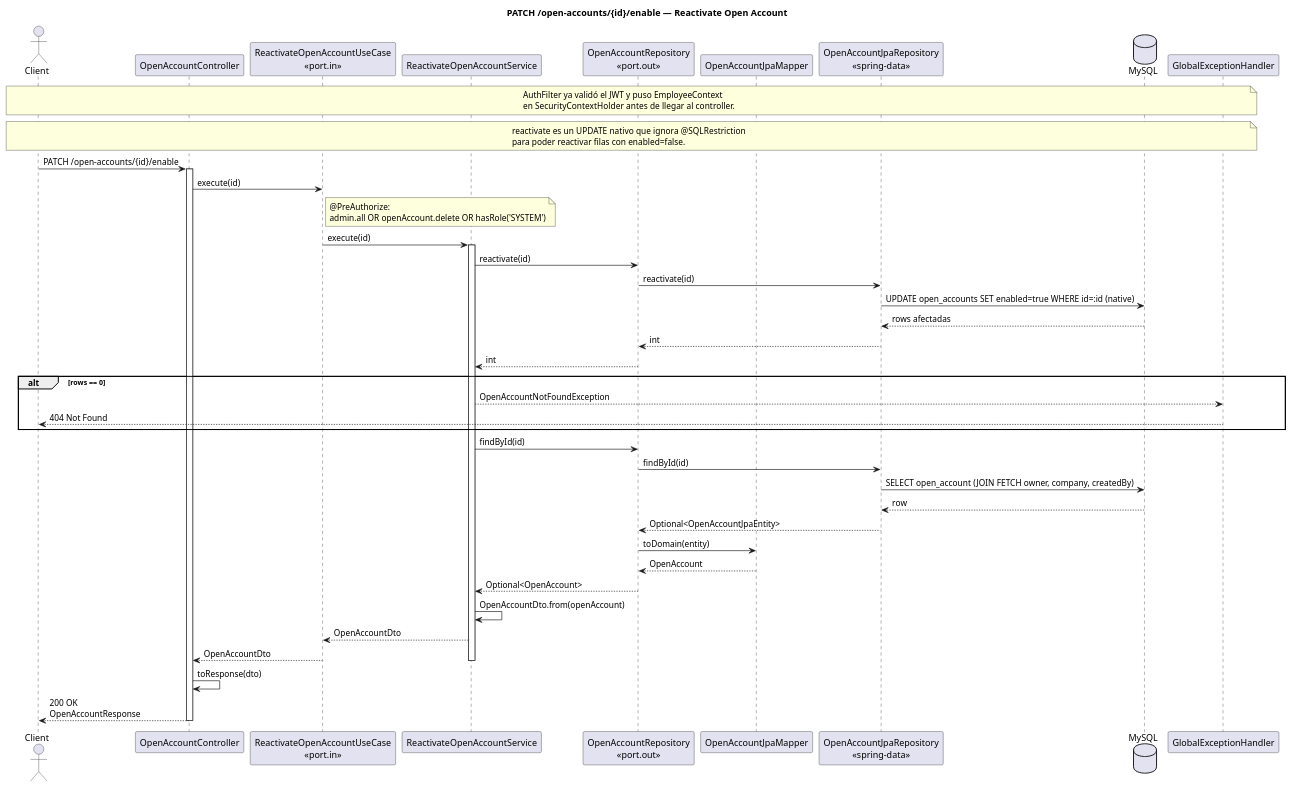
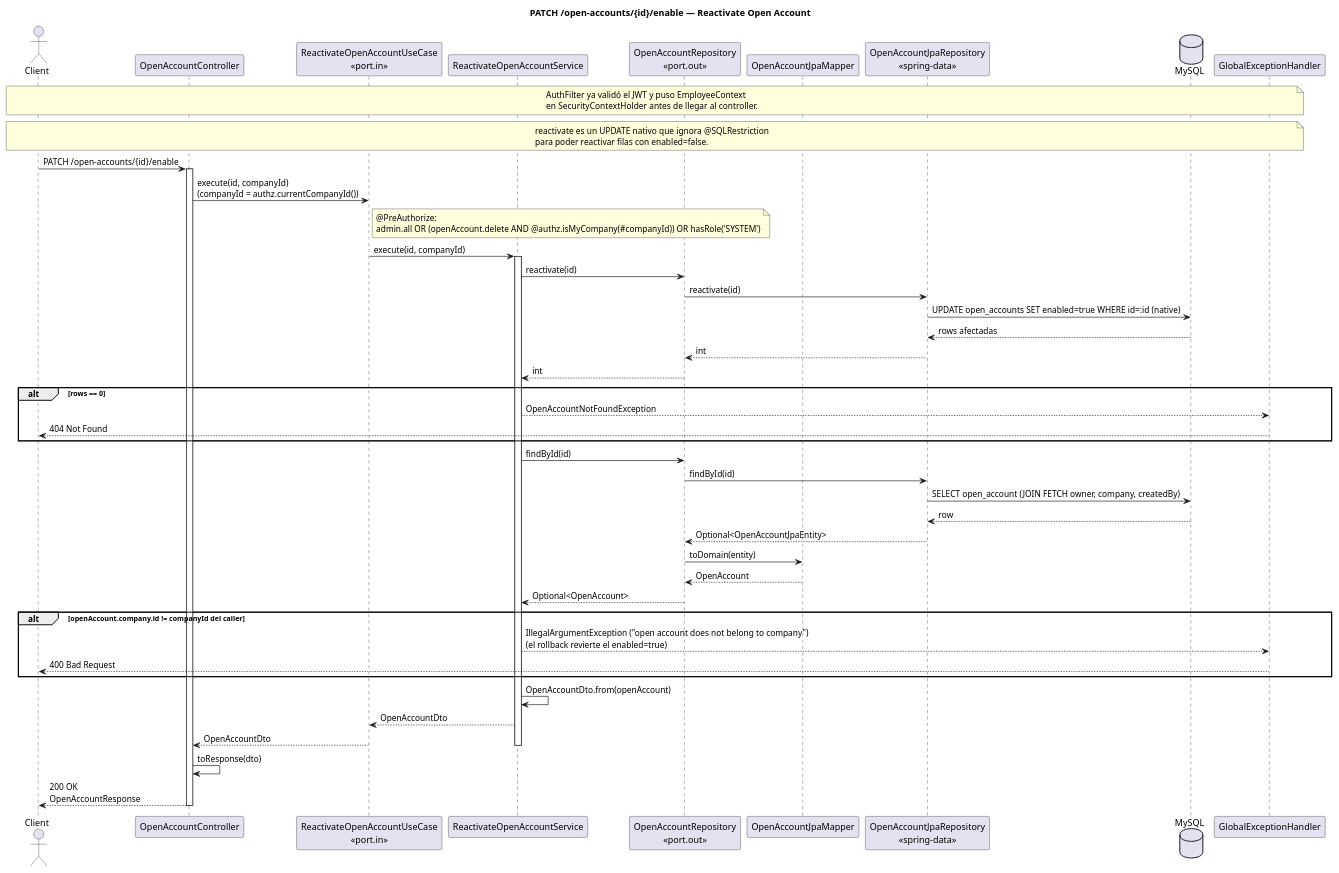
Before and after one commit to kefaroTech/vetsoftware-backend: the diagram in uml/sequenceDiagram/openaccount/enable.puml, drawn with PlantUML. The commit also changed 54 other files, not shown here.

Commit message:
:lock: feat(open-account): exige isMyCompany en delete/reactivate/changeStatus y cargos

```diff
--- a/uml/sequenceDiagram/openaccount/enable.puml
+++ b/uml/sequenceDiagram/openaccount/enable.puml
@@ -1,64 +1,68 @@
 @startuml open_account_enable
 title PATCH /open-accounts/{id}/enable — Reactivate Open Account
 
 actor Client
 participant "OpenAccountController" as Controller
 participant "ReactivateOpenAccountUseCase\n<<port.in>>" as UseCase
 participant "ReactivateOpenAccountService" as Service
 participant "OpenAccountRepository\n<<port.out>>" as Repo
 participant "OpenAccountJpaMapper" as Mapper
 participant "OpenAccountJpaRepository\n<<spring-data>>" as JpaRepo
 database "MySQL" as DB
 participant "GlobalExceptionHandler" as GEH
 
 note over Client, GEH
   AuthFilter ya validó el JWT y puso EmployeeContext
   en SecurityContextHolder antes de llegar al controller.
 end note
 
 note over Client, GEH
   reactivate es un UPDATE nativo que ignora @SQLRestriction
   para poder reactivar filas con enabled=false.
 end note
 
 Client -> Controller : PATCH /open-accounts/{id}/enable
 activate Controller
 
-Controller -> UseCase : execute(id)
+Controller -> UseCase : execute(id, companyId)\n(companyId = authz.currentCompanyId())
 note right of UseCase
   @PreAuthorize:
-  admin.all OR openAccount.delete OR hasRole('SYSTEM')
+  admin.all OR (openAccount.delete AND @authz.isMyCompany(#companyId)) OR hasRole('SYSTEM')
 end note
-UseCase -> Service : execute(id)
+UseCase -> Service : execute(id, companyId)
 activate Service
 
 Service -> Repo : reactivate(id)
 Repo -> JpaRepo : reactivate(id)
 JpaRepo -> DB : UPDATE open_accounts SET enabled=true WHERE id=:id (native)
 DB --> JpaRepo : rows afectadas
 JpaRepo --> Repo : int
 Repo --> Service : int
 alt rows == 0
   Service --> GEH : OpenAccountNotFoundException
   GEH --> Client : 404 Not Found
 end
 
 Service -> Repo : findById(id)
 Repo -> JpaRepo : findById(id)
 JpaRepo -> DB : SELECT open_account (JOIN FETCH owner, company, createdBy)
 DB --> JpaRepo : row
 JpaRepo --> Repo : Optional<OpenAccountJpaEntity>
 Repo -> Mapper : toDomain(entity)
 Mapper --> Repo : OpenAccount
 Repo --> Service : Optional<OpenAccount>
+alt openAccount.company.id != companyId del caller
+  Service --> GEH : IllegalArgumentException ("open account does not belong to company")\n(el rollback revierte el enabled=true)
+  GEH --> Client : 400 Bad Request
+end
 
 Service -> Service : OpenAccountDto.from(openAccount)
 Service --> UseCase : OpenAccountDto
 UseCase --> Controller : OpenAccountDto
 deactivate Service
 
 Controller -> Controller : toResponse(dto)
 Controller --> Client : 200 OK\nOpenAccountResponse
 deactivate Controller
 
 @enduml
```
